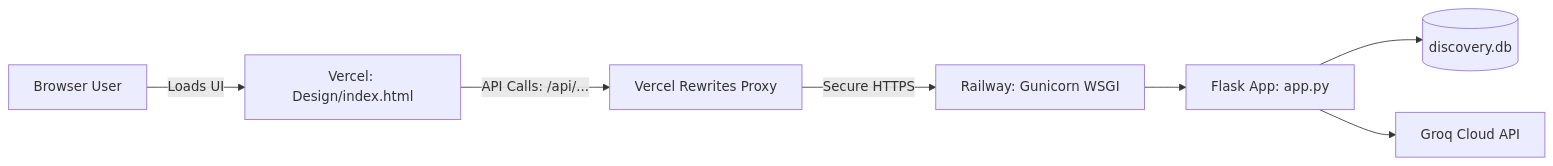
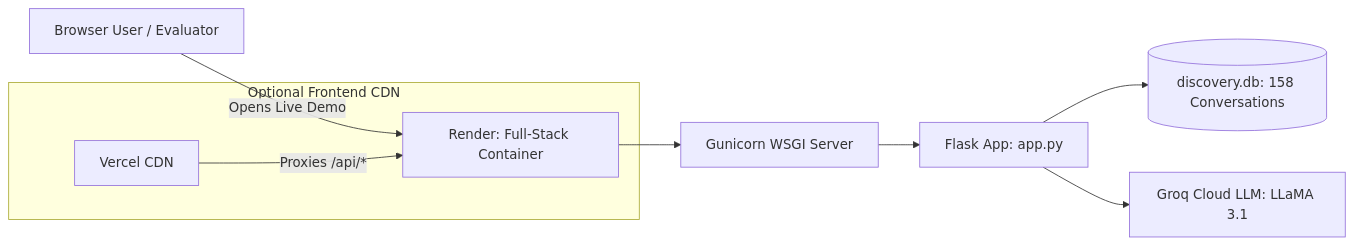
The diagram in Deployment_Guide.md (yashwanthps71097/myntra-wishlist-discovery-engine), drawn with Mermaid before and after one commit. The commit also changed other lines of this file, not shown here.

Commit message:
Update Deployment_Guide.md with live Render production details and verified endpoints

````diff
--- a/Deployment_Guide.md
+++ b/Deployment_Guide.md
@@ -14,9 +15,12 @@
 ```mermaid
 flowchart LR
-    A[Browser User] -->|Loads UI| B[Vercel: Design/index.html]
-    B -->|API Calls: /api/...| C[Vercel Rewrites Proxy]
-    C -->|Secure HTTPS| D[Railway: Gunicorn WSGI]
-    D --> E[Flask App: app.py]
-    E --> F[(discovery.db)]
-    E --> G[Groq Cloud API]
+    A[Browser User / Evaluator] -->|Opens Live Demo| B[Render: Full-Stack Container]
+    B --> C[Gunicorn WSGI Server]
+    C --> D[Flask App: app.py]
+    D --> E[(discovery.db: 158 Conversations)]
+    D --> F[Groq Cloud LLM: LLaMA 3.1]
+    
+    subgraph Optional Frontend CDN
+        V[Vercel CDN] -->|Proxies /api/*| B
+    end
 ```
````
